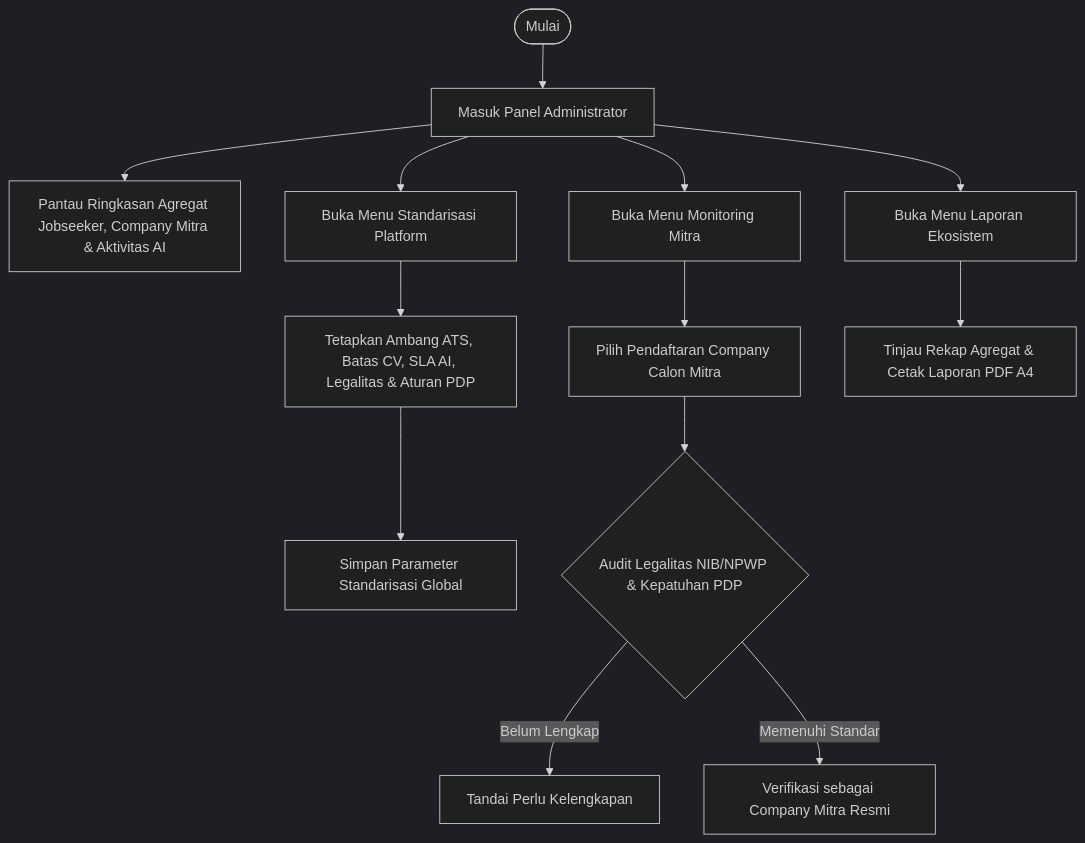
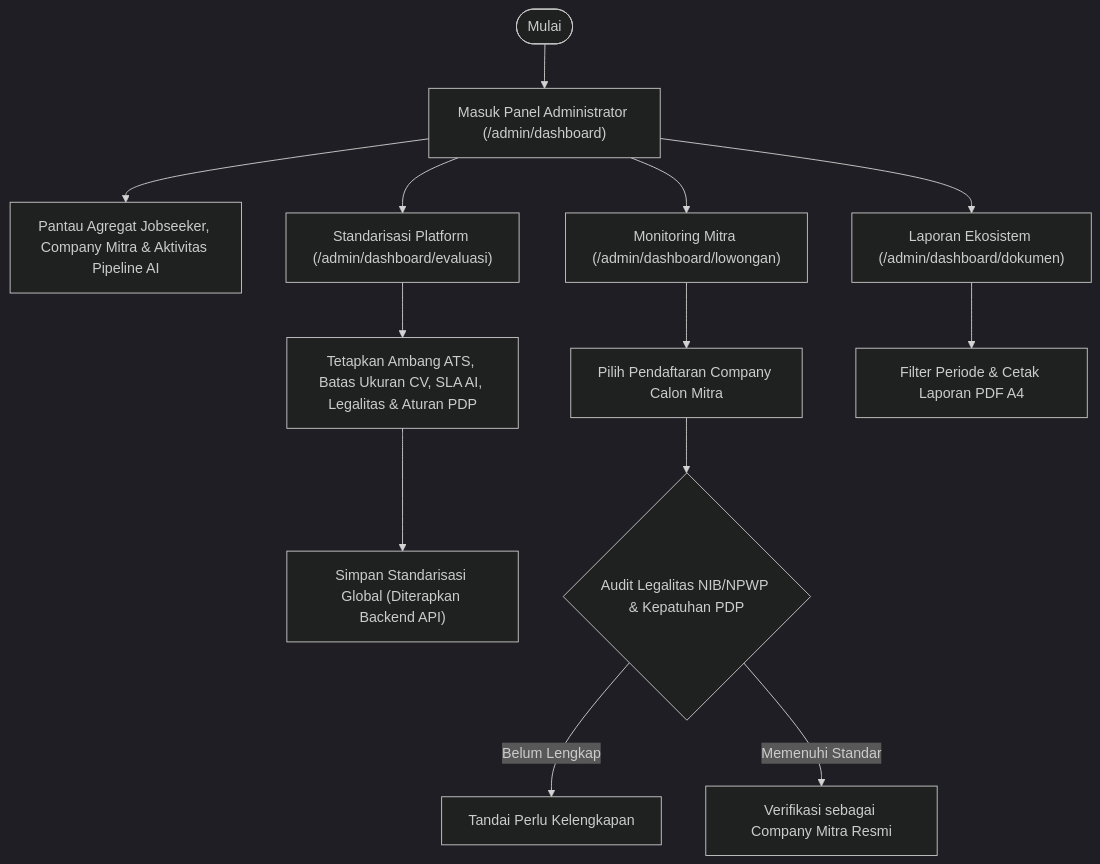
One commit to DanuZen/Technopreuneur- changed the third of 3 diagrams in docs/role-workflows.md. Above: the diagram before and after it, drawn with Mermaid (dark theme). The commit also changed other lines of this file and 3 other files, not shown here.

````diff
--- a/docs/role-workflows.md
+++ b/docs/role-workflows.md
@@ -115,15 +122,15 @@
 ```mermaid
 flowchart TD
-    A([Mulai]) --> B[Masuk Panel Administrator]
-    B --> C[Pantau Ringkasan Agregat Jobseeker, Company Mitra & Aktivitas AI]
-    B --> D[Buka Menu Standarisasi Platform]
-    D --> E[Tetapkan Ambang ATS, Batas CV, SLA AI, Legalitas & Aturan PDP]
-    E --> F[Simpan Parameter Standarisasi Global]
-    B --> G[Buka Menu Monitoring Mitra]
-    G --> H[Pilih Pendaftaran Company Calon Mitra]
-    H --> I{Audit Legalitas NIB/NPWP & Kepatuhan PDP}
-    I -- Belum Lengkap --> J[Tandai Perlu Kelengkapan]
-    I -- Memenuhi Standar --> K[Verifikasi sebagai Company Mitra Resmi]
-    B --> L[Buka Menu Laporan Ekosistem]
-    L --> M[Tinjau Rekap Agregat & Cetak Laporan PDF A4]
+    A(["Mulai"]) --> B["Masuk Panel Administrator (/admin/dashboard)"]
+    B --> C["Pantau Agregat Jobseeker, Company Mitra & Aktivitas Pipeline AI"]
+    B --> D["Standarisasi Platform (/admin/dashboard/evaluasi)"]
+    D --> E["Tetapkan Ambang ATS, Batas Ukuran CV, SLA AI, Legalitas & Aturan PDP"]
+    E --> F["Simpan Standarisasi Global (Diterapkan Backend API)"]
+    B --> G["Monitoring Mitra (/admin/dashboard/lowongan)"]
+    G --> H["Pilih Pendaftaran Company Calon Mitra"]
+    H --> I{"Audit Legalitas NIB/NPWP & Kepatuhan PDP"}
+    I -- "Belum Lengkap" --> J["Tandai Perlu Kelengkapan"]
+    I -- "Memenuhi Standar" --> K["Verifikasi sebagai Company Mitra Resmi"]
+    B --> L["Laporan Ekosistem (/admin/dashboard/dokumen)"]
+    L --> M["Filter Periode & Cetak Laporan PDF A4"]
 ```
````
